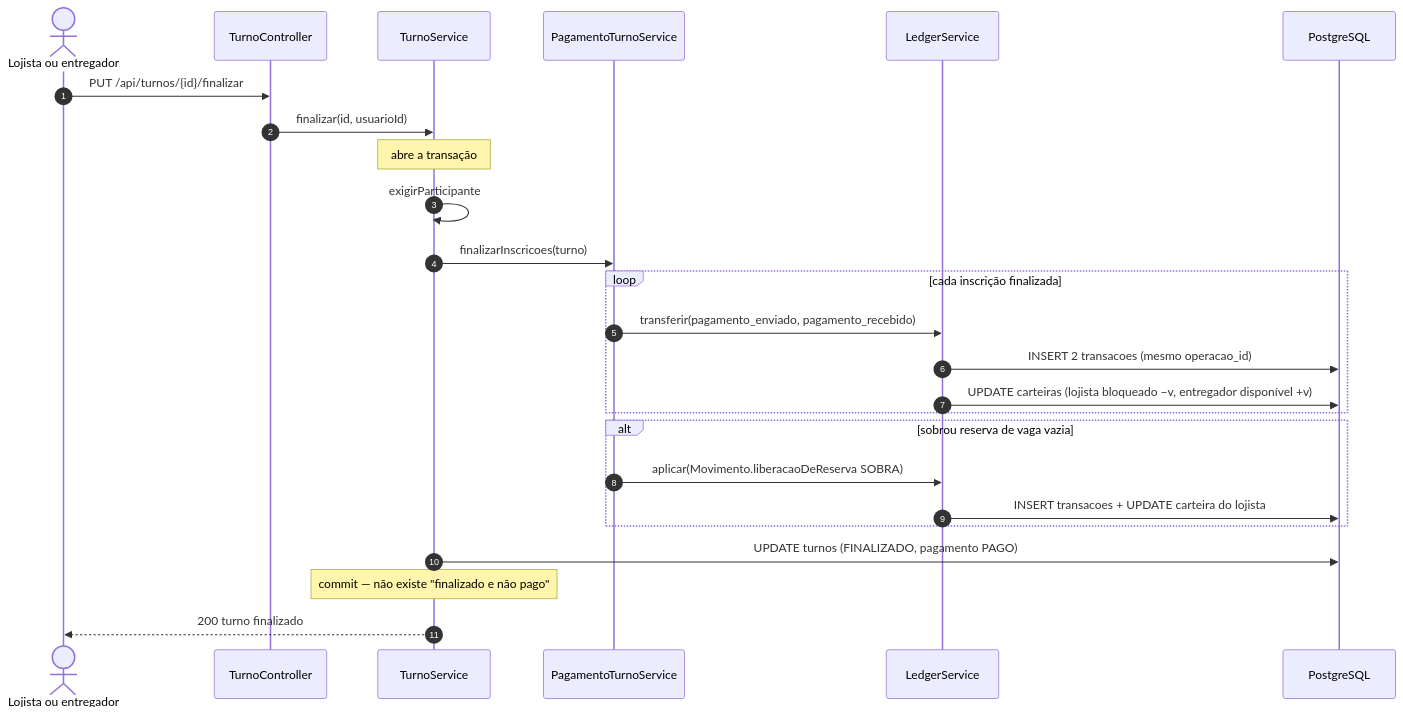
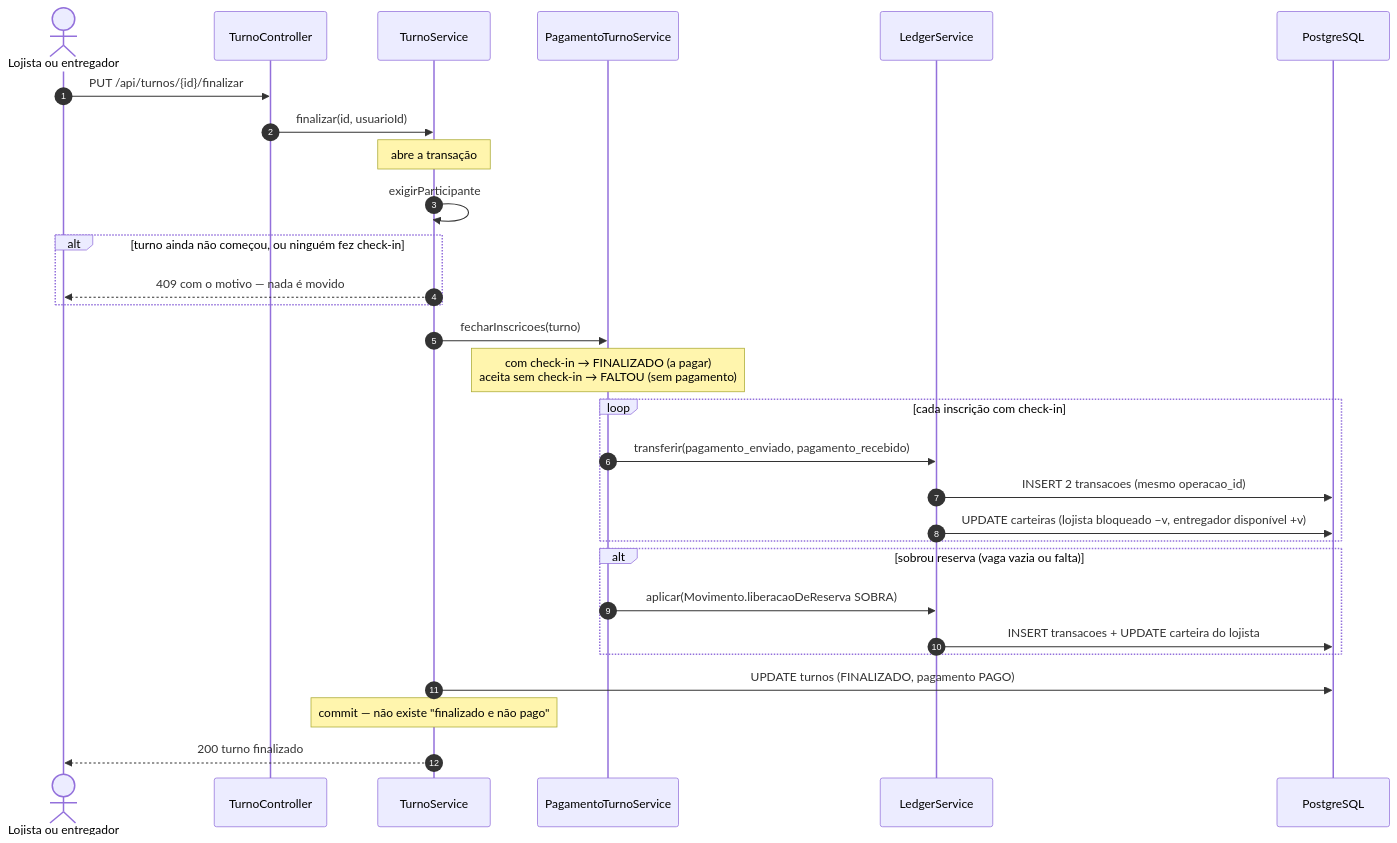
The third of 7 diagrams in docs/financeiro/FLUXO-FINANCEIRO.md (matheus-silverio-silva/motoshift), drawn with Mermaid before and after one commit. The commit also changed other lines of this file and 34 other files, not shown here.

First line of the commit message:
fix(turno): finalizar so paga quem fez check-in (SCRUM-25)

````diff
--- a/docs/financeiro/FLUXO-FINANCEIRO.md
+++ b/docs/financeiro/FLUXO-FINANCEIRO.md
@@ -110,28 +110,32 @@
 ```mermaid
 sequenceDiagram
     autonumber
     actor Q as Lojista ou entregador
     participant C as TurnoController
     participant S as TurnoService
     participant P as PagamentoTurnoService
     participant LG as LedgerService
     participant DB as PostgreSQL
 
     Q->>C: PUT /api/turnos/{id}/finalizar
     C->>S: finalizar(id, usuarioId)
     Note over S: abre a transação
     S->>S: exigirParticipante
-    S->>P: finalizarInscricoes(turno)
-    loop cada inscrição finalizada
+    alt turno ainda não começou, ou ninguém fez check-in
+        S-->>Q: 409 com o motivo — nada é movido
+    end
+    S->>P: fecharInscricoes(turno)
+    Note over P: com check-in → FINALIZADO (a pagar)<br/>aceita sem check-in → FALTOU (sem pagamento)
+    loop cada inscrição com check-in
         P->>LG: transferir(pagamento_enviado, pagamento_recebido)
         LG->>DB: INSERT 2 transacoes (mesmo operacao_id)
         LG->>DB: UPDATE carteiras (lojista bloqueado −v, entregador disponível +v)
     end
-    alt sobrou reserva de vaga vazia
+    alt sobrou reserva (vaga vazia ou falta)
         P->>LG: aplicar(Movimento.liberacaoDeReserva SOBRA)
         LG->>DB: INSERT transacoes + UPDATE carteira do lojista
     end
     S->>DB: UPDATE turnos (FINALIZADO, pagamento PAGO)
     Note over S: commit — não existe "finalizado e não pago"
     S-->>Q: 200 turno finalizado
 ```
````
